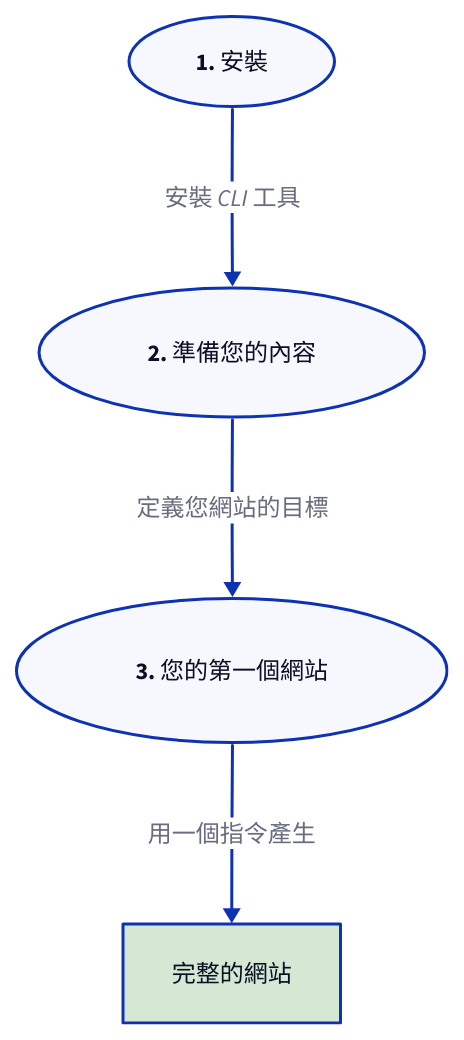
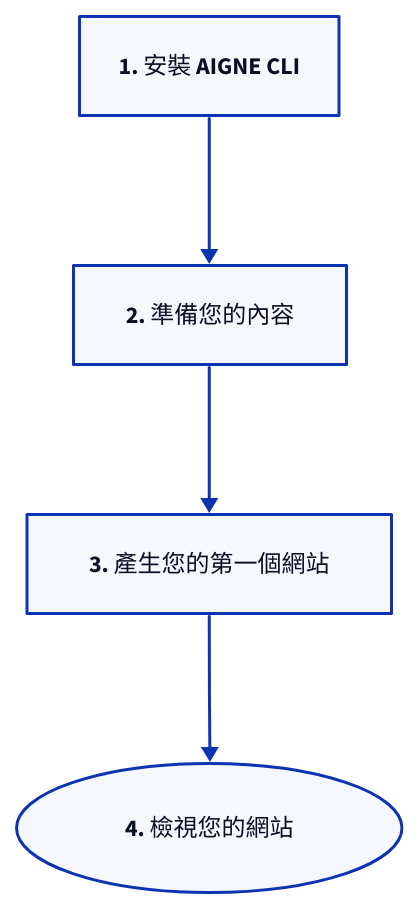
Before and after one commit to AIGNE-io/aigne-web-smith: the diagram in .aigne/doc-smith/docs/getting-started.zh-TW.md, drawn with D2. The commit also changed other lines of this file and 90 other files, not shown here.

````diff
--- a/.aigne/doc-smith/docs/getting-started.zh-TW.md
+++ b/.aigne/doc-smith/docs/getting-started.zh-TW.md
@@ -11,28 +7,25 @@
 ```d2
 direction: down
 
-step1: {
-  label: "1. 安裝"
+Install: {
+  label: "1. 安裝 AIGNE CLI"
+  shape: rectangle
+}
+
+Prepare: {
+  label: "2. 準備您的內容"
+  shape: rectangle
+}
+
+Generate: {
+  label: "3. 產生您的第一個網站"
+  shape: rectangle
+}
+
+View: {
+  label: "4. 檢視您的網站"
   shape: oval
 }
 
-step2: {
-  label: "2. 準備您的內容"
-  shape: oval
-}
-
-step3: {
-  label: "3. 您的第一個網站"
-  shape: oval
-}
-
-result: {
-  label: "完整的網站"
-  shape: rectangle
-  style.fill: "#D5E8D4"
-}
-
-step1 -> step2: "安裝 CLI 工具"
-step2 -> step3: "定義您網站的目標"
-step3 -> result: "用一個指令產生"
+Install -> Prepare -> Generate -> View
 ```
````
